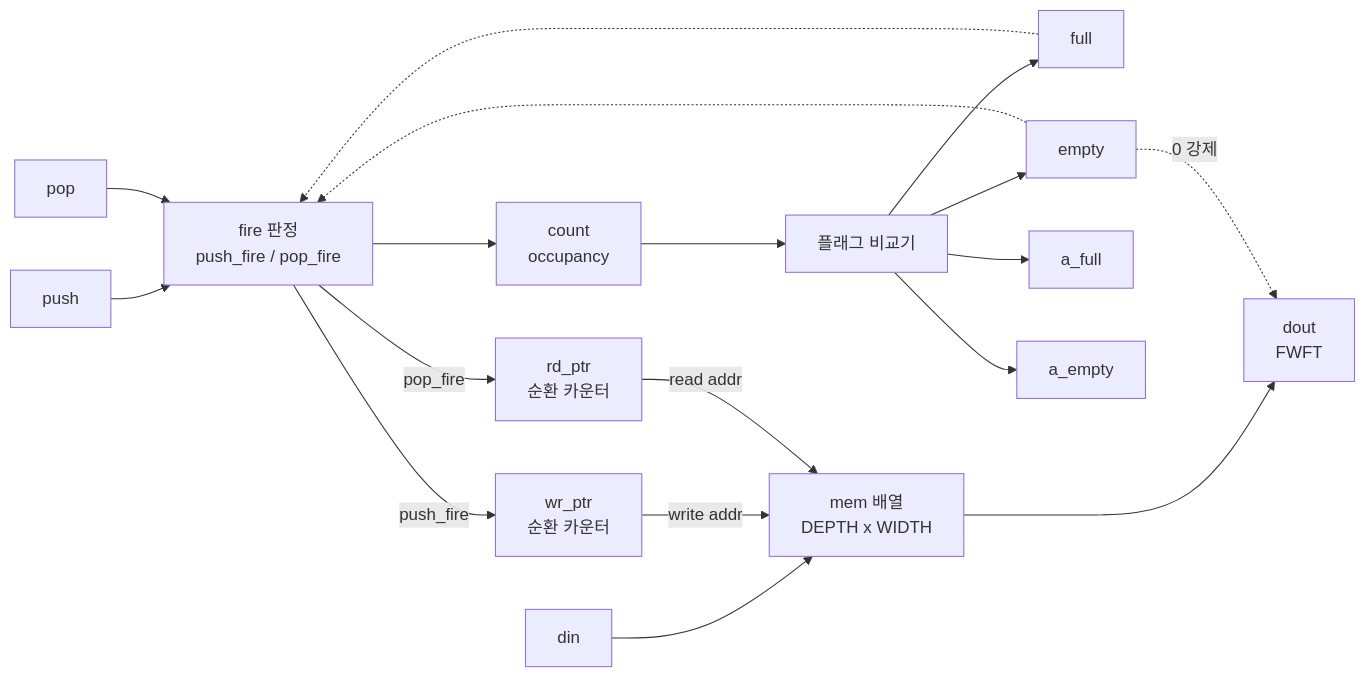
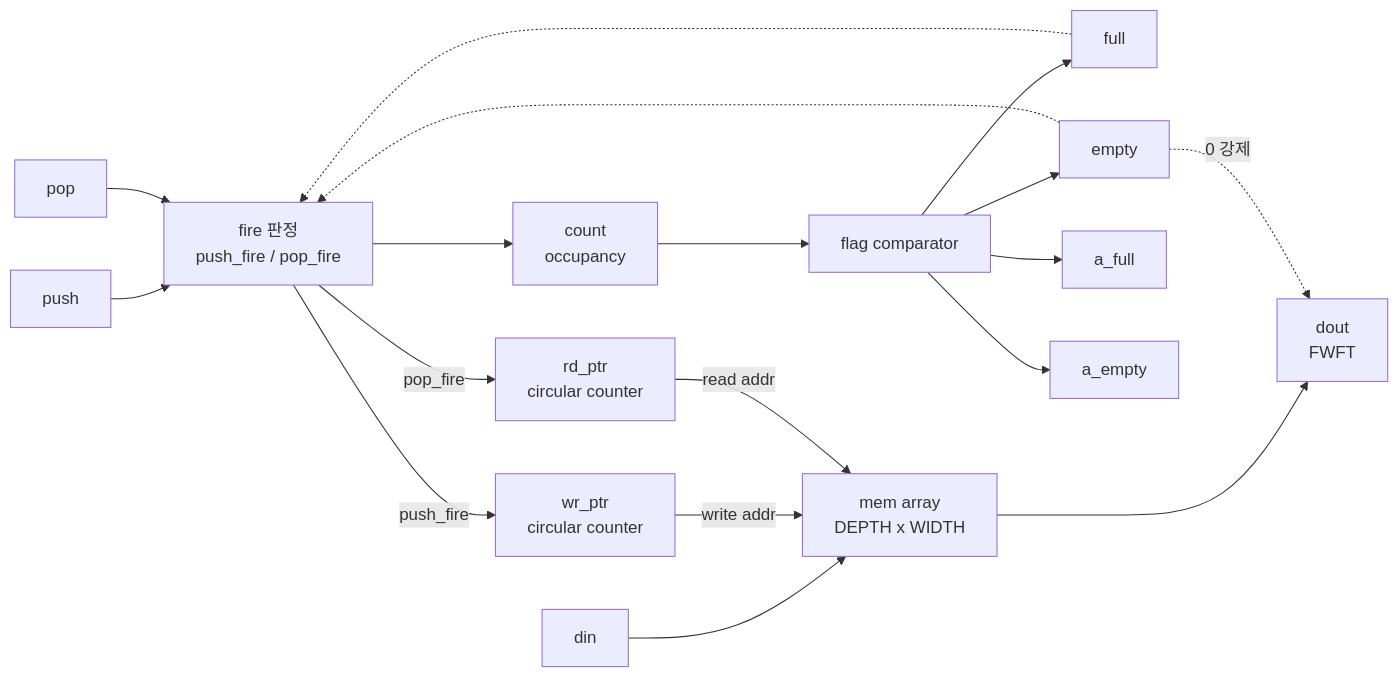
The diagram in 6-1-sync_fifo/README.md (Minchan6847/SAM_Digital_Circuit_Design), drawn with Mermaid before and after one commit. The commit also changed other lines of this file, not shown here.

````diff
--- a/6-1-sync_fifo/README.md
+++ b/6-1-sync_fifo/README.md
@@ -39,25 +39,25 @@
 ```mermaid
 flowchart LR
     push["push"] --> FIRE
     pop["pop"] --> FIRE
     full -.-> FIRE
     empty -.-> FIRE
 
     FIRE["fire 판정<br/>push_fire / pop_fire"]
 
-    FIRE -->|push_fire| WR["wr_ptr<br/>순환 카운터"]
-    FIRE -->|pop_fire| RD["rd_ptr<br/>순환 카운터"]
+    FIRE -->|push_fire| WR["wr_ptr<br/>circular counter"]
+    FIRE -->|pop_fire| RD["rd_ptr<br/>circular counter"]
     FIRE --> CNT["count<br/>occupancy"]
 
-    din["din"] --> MEM["mem 배열<br/>DEPTH x WIDTH"]
+    din["din"] --> MEM["mem array<br/>DEPTH x WIDTH"]
     WR -->|write addr| MEM
     RD -->|read addr| MEM
     MEM --> DOUT["dout<br/>FWFT"]
     empty -.->|0 강제| DOUT
 
-    CNT --> FLAG["플래그 비교기"]
+    CNT --> FLAG["flag comparator"]
     FLAG --> full["full"]
     FLAG --> empty["empty"]
     FLAG --> af["a_full"]
     FLAG --> ae["a_empty"]
 ```
````
